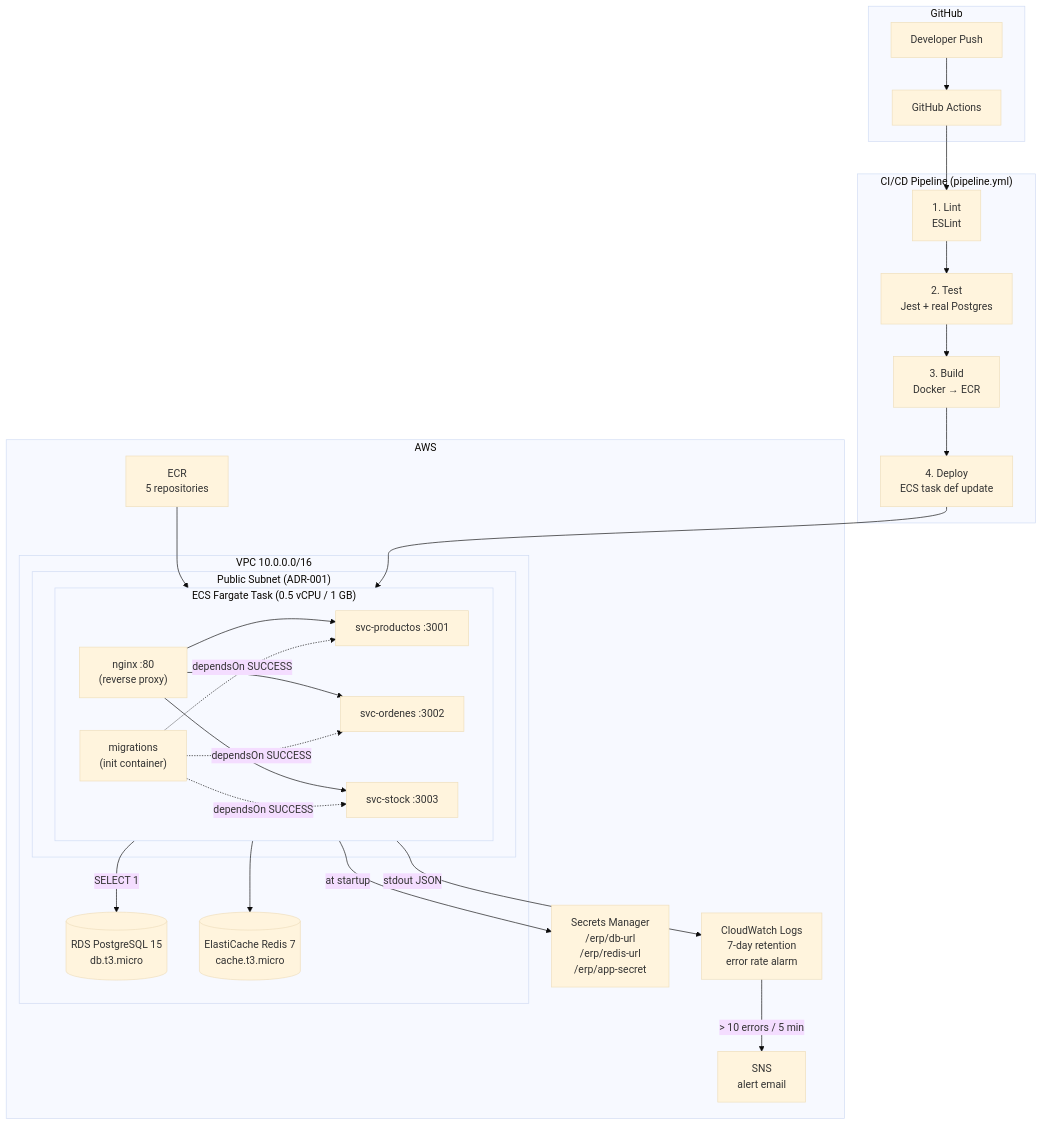
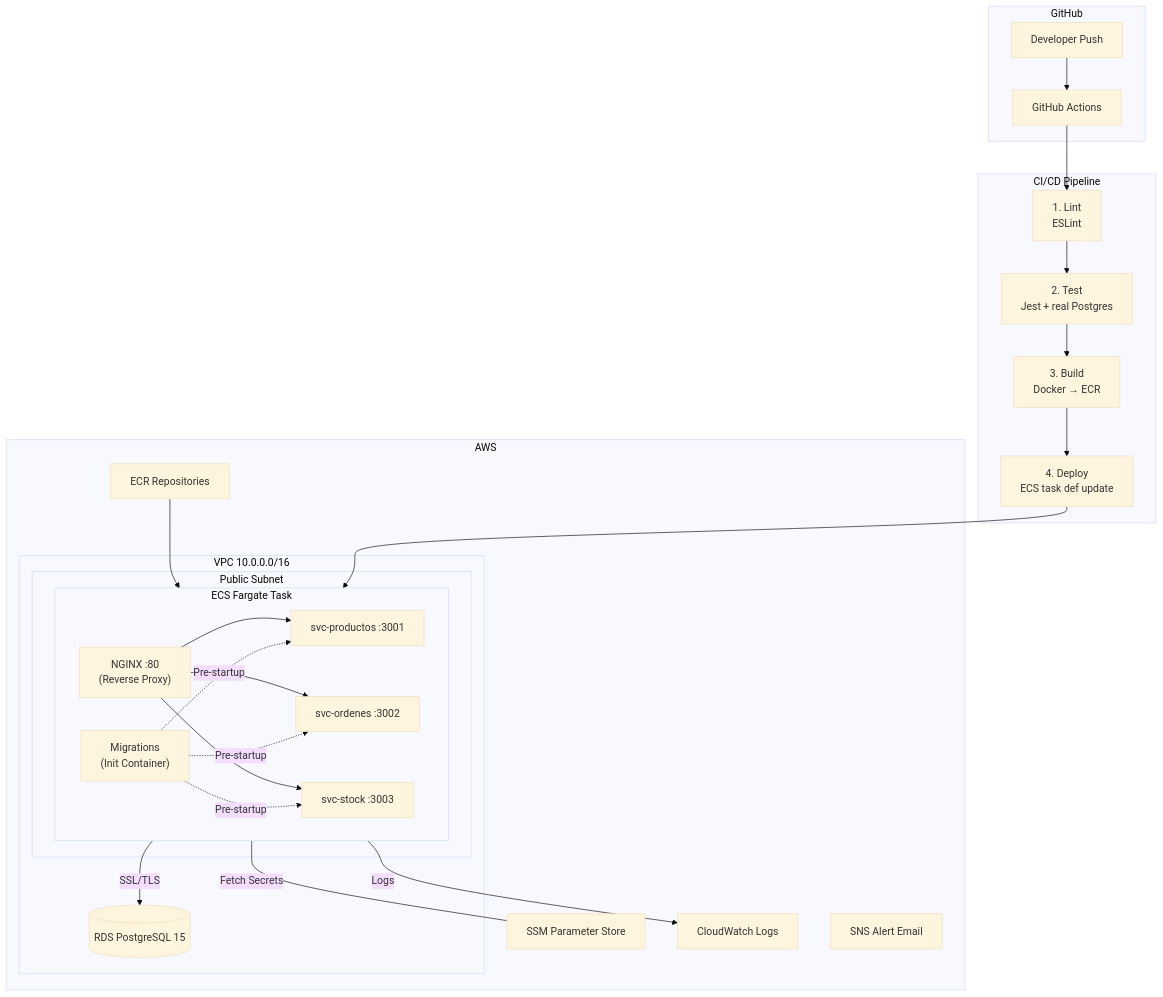
Before and after one commit to Francisco-cor/Pipeline_CI-CD_IaC: the diagram in README.md, drawn with Mermaid (base theme). The commit also changed other lines of this file and 6 other files, not shown here.

````diff
--- a/README.md
+++ b/README.md
@@ -11,44 +33,41 @@
 ```mermaid
 graph TB
     subgraph GitHub
         DEV[Developer Push] --> GHA[GitHub Actions]
     end
 
-    subgraph Pipeline["CI/CD Pipeline (pipeline.yml)"]
+    subgraph Pipeline["CI/CD Pipeline"]
         GHA --> L[1. Lint\nESLint]
         L --> T[2. Test\nJest + real Postgres]
         T --> B[3. Build\nDocker → ECR]
         B --> D[4. Deploy\nECS task def update]
     end
 
     subgraph AWS
         subgraph VPC["VPC 10.0.0.0/16"]
-            subgraph PubSubnet["Public Subnet (ADR-001)"]
-                subgraph Task["ECS Fargate Task (0.5 vCPU / 1 GB)"]
-                    NGX["nginx :80\n(reverse proxy)"]
-                    MIG["migrations\n(init container)"]
+            subgraph PubSubnet["Public Subnet"]
+                subgraph Task["ECS Fargate Task"]
+                    NGX["NGINX :80\n(Reverse Proxy)"]
+                    MIG["Migrations\n(Init Container)"]
                     P["svc-productos :3001"]
                     O["svc-ordenes :3002"]
                     S["svc-stock :3003"]
                 end
             end
-            RDS[("RDS PostgreSQL 15\ndb.t3.micro")]
-            REDIS[("ElastiCache Redis 7\ncache.t3.micro")]
+            RDS[("RDS PostgreSQL 15")]
         end
 
-        ECR["ECR\n5 repositories"]
-        SM["Secrets Manager\n/erp/db-url\n/erp/redis-url\n/erp/app-secret"]
-        CW["CloudWatch Logs\n7-day retention\nerror rate alarm"]
-        SNS["SNS\nalert email"]
+        ECR["ECR Repositories"]
+        SSM["SSM Parameter Store"]
+        CW["CloudWatch Logs"]
+        SNS["SNS Alert Email"]
     end
 
     NGX --> P & O & S
-    MIG -. "dependsOn SUCCESS" .-> P & O & S
-    Task -- "SELECT 1" --> RDS
-    Task --> REDIS
-    Task -- "at startup" --> SM
-    Task -- "stdout JSON" --> CW
-    CW -- "> 10 errors / 5 min" --> SNS
+    MIG -. "Pre-startup" .-> P & O & S
+    Task -- "SSL/TLS" --> RDS
+    Task -- "Fetch Secrets" --- SSM
+    Task -- "Logs" --> CW
     ECR --> Task
     D --> Task
 ```
````
